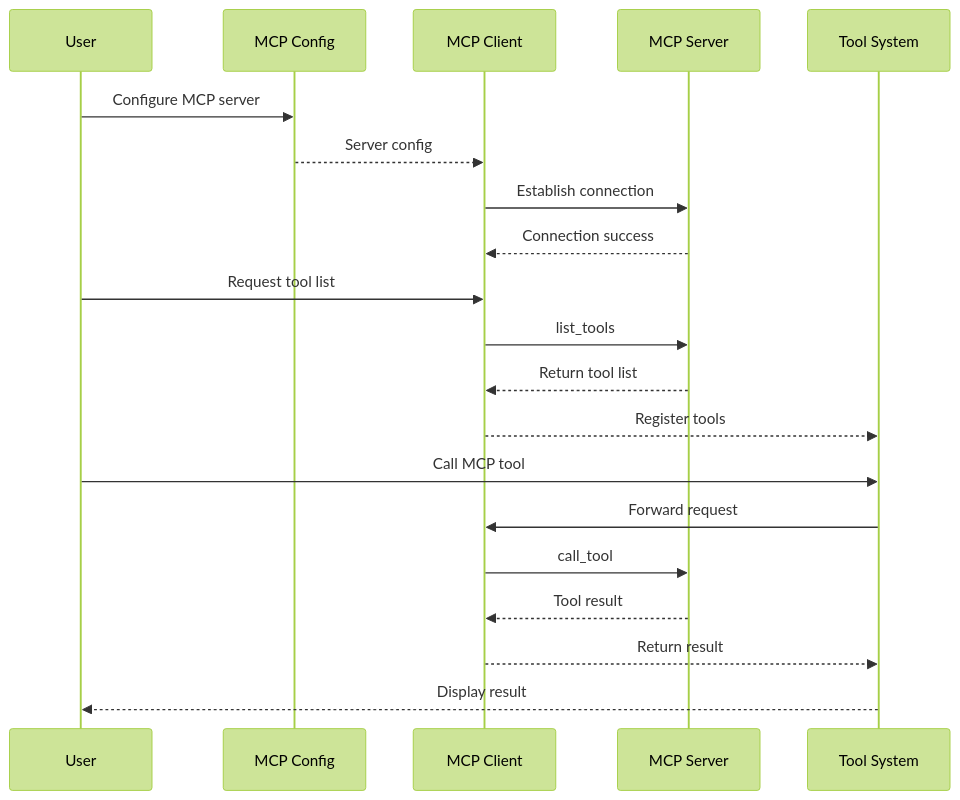
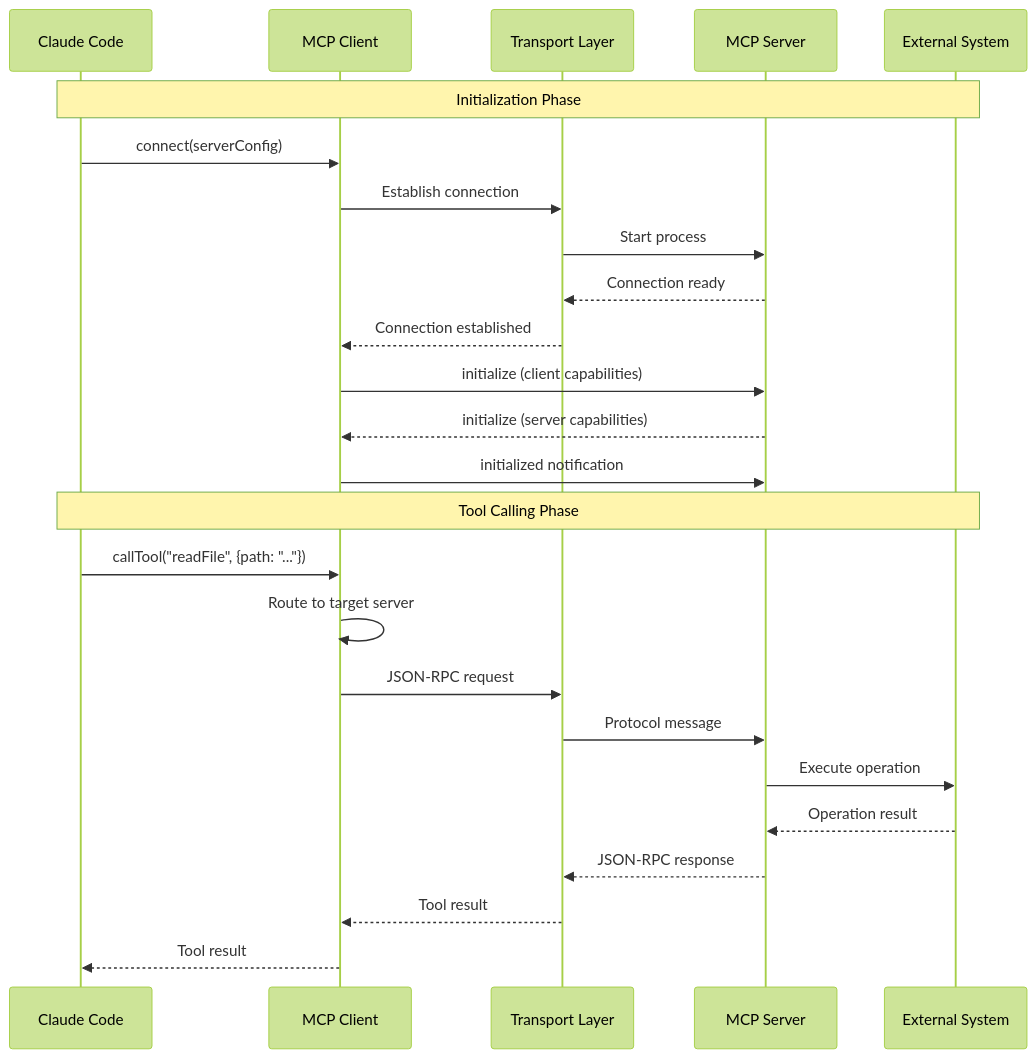
The third of 3 diagrams in .nium-wiki/wiki_en/services/mcp.md (niuma996/claude-code-sourcemap-wiki), drawn with Mermaid (forest theme) before and after one commit. The commit also changed other lines of this file and 41 other files, not shown here.

````diff
--- a/.nium-wiki/wiki_en/services/mcp.md
+++ b/.nium-wiki/wiki_en/services/mcp.md
@@ -52,23 +104,30 @@
 ```mermaid
 sequenceDiagram
-    participant User
-    participant Config as MCP Config
+    participant Claude as Claude Code
     participant Client as MCP Client
+    participant Transport as Transport Layer
     participant Server as MCP Server
-    participant Tool as Tool System
+    participant External as External System
 
-    User->>Config: Configure MCP server
-    Config-->>Client: Server config
-    Client->>Server: Establish connection
-    Server-->>Client: Connection success
-    User->>Client: Request tool list
-    Client->>Server: list_tools
-    Server-->>Client: Return tool list
-    Client-->>Tool: Register tools
-    User->>Tool: Call MCP tool
-    Tool->>Client: Forward request
-    Client->>Server: call_tool
-    Server-->>Client: Tool result
-    Client-->>Tool: Return result
-    Tool-->>User: Display result
+    Note over Claude,External: Initialization Phase
+    Claude->>Client: connect(serverConfig)
+    Client->>Transport: Establish connection
+    Transport->>Server: Start process
+    Server-->>Transport: Connection ready
+    Transport-->>Client: Connection established
+
+    Client->>Server: initialize (client capabilities)
+    Server-->>Client: initialize (server capabilities)
+    Client->>Server: initialized notification
+
+    Note over Claude,External: Tool Calling Phase
+    Claude->>Client: callTool("readFile", {path: "..."})
+    Client->>Client: Route to target server
+    Client->>Transport: JSON-RPC request
+    Transport->>Server: Protocol message
+    Server->>External: Execute operation
+    External-->>Server: Operation result
+    Server-->>Transport: JSON-RPC response
+    Transport-->>Client: Tool result
+    Client-->>Claude: Tool result
 ```
````
